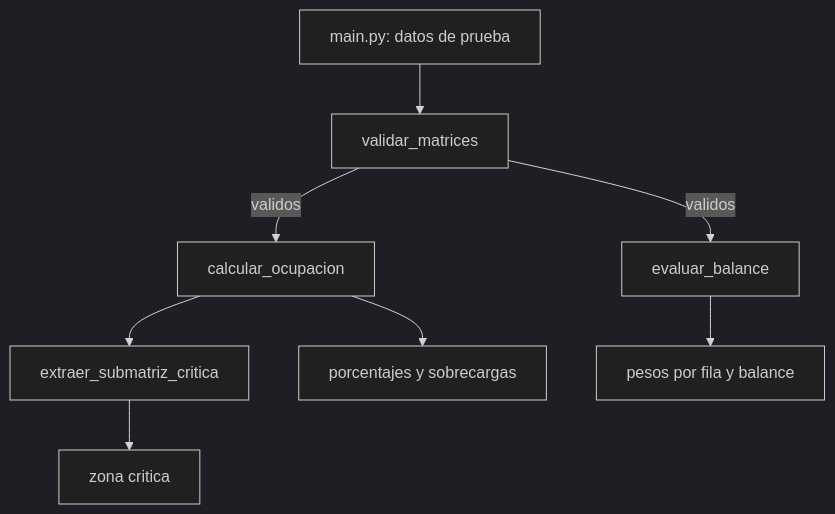
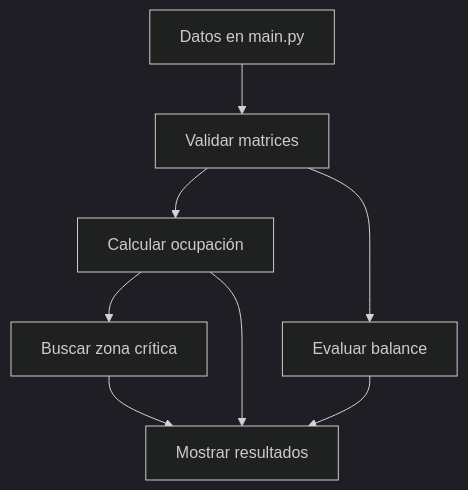
The diagram in README.md (emmazelada24/das172-examen2-zelada-emma), drawn with Mermaid (dark theme) before and after one commit. The commit also changed other lines of this file, not shown here.

````diff
--- a/README.md
+++ b/README.md
@@ -15,10 +29,10 @@
 ```mermaid
 flowchart TD
-    A[main.py: datos de prueba] --> B[validar_matrices]
-    B -->|validos| C[calcular_ocupacion]
-    B -->|validos| D[evaluar_balance]
-    C --> E[extraer_submatriz_critica]
-    C --> F[porcentajes y sobrecargas]
-    D --> G[pesos por fila y balance]
-    E --> H[zona critica]
+    A[Datos en main.py] --> B[Validar matrices]
+    B --> C[Calcular ocupación]
+    B --> D[Evaluar balance]
+    C --> E[Buscar zona crítica]
+    C --> F[Mostrar resultados]
+    D --> F
+    E --> F
 ```
````
